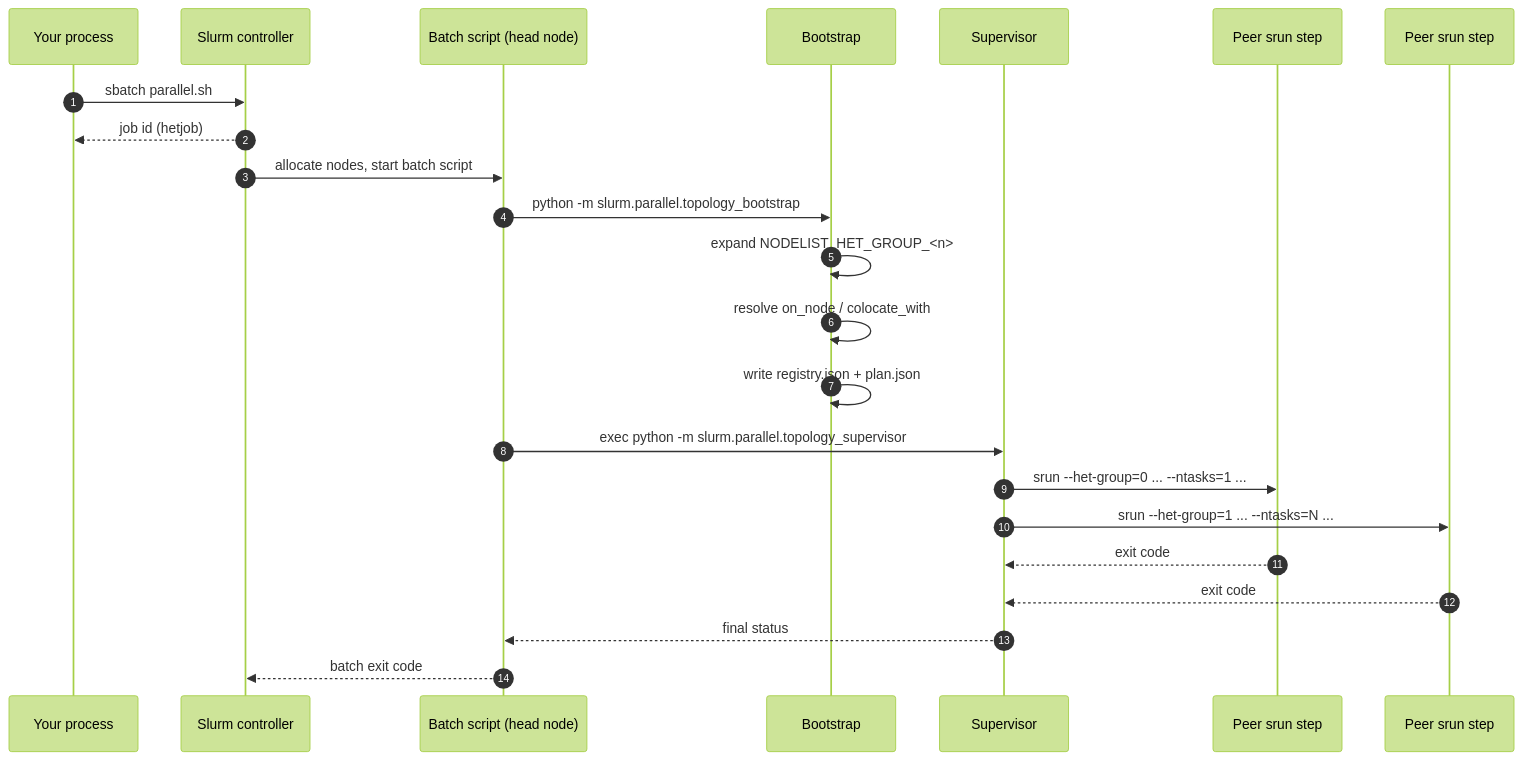
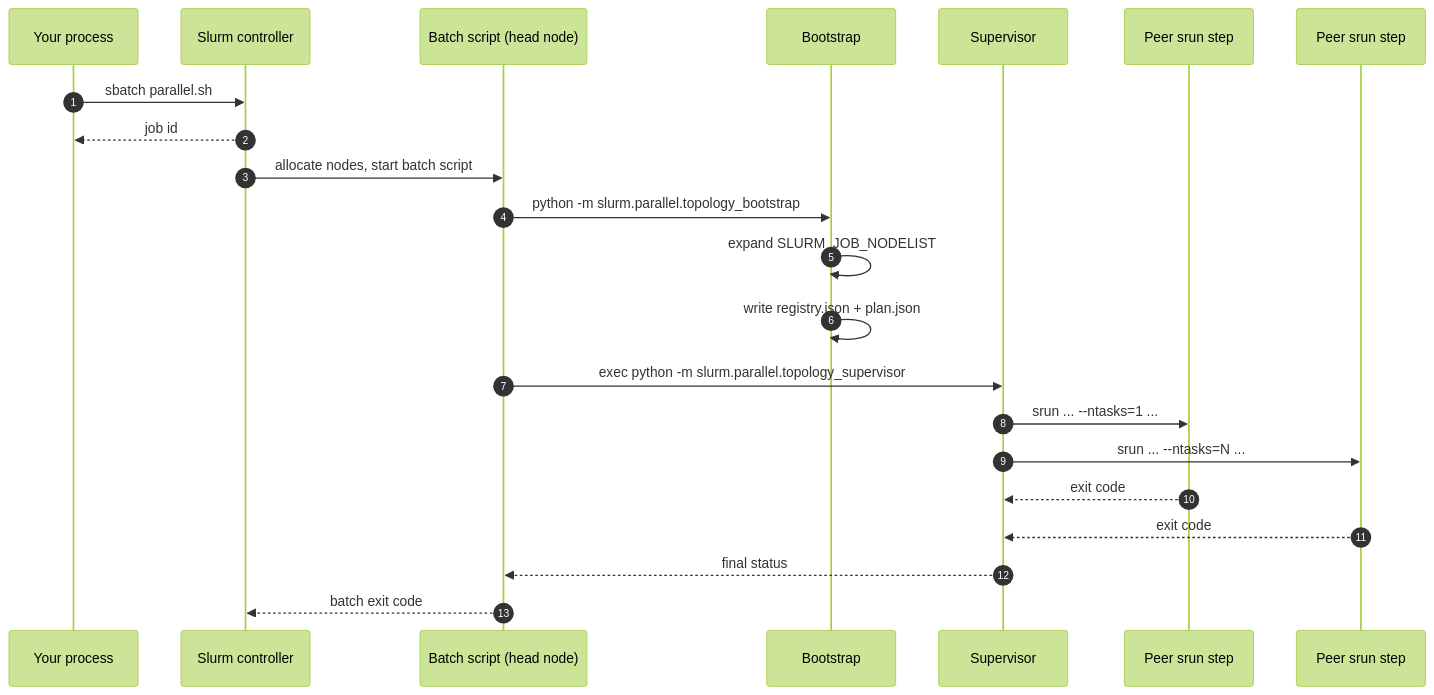
Before and after one commit to ville-k/slurm_sdk: the first of 2 diagrams in docs/explanation/slurm_allocations.md, drawn with Mermaid (forest theme). The commit also changed other lines of this file and 8 other files, not shown here.

````diff
--- a/docs/explanation/slurm_allocations.md
+++ b/docs/explanation/slurm_allocations.md
@@ -47,26 +42,25 @@
 ```mermaid
 sequenceDiagram
     autonumber
     participant User as Your process
     participant Slurm as Slurm controller
     participant Batch as Batch script (head node)
     participant Boot as Bootstrap
     participant Sup as Supervisor
     participant Peer1 as Peer srun step
     participant Peer2 as Peer srun step
 
     User->>Slurm: sbatch parallel.sh
-    Slurm-->>User: job id (hetjob)
+    Slurm-->>User: job id
     Slurm->>Batch: allocate nodes, start batch script
     Batch->>Boot: python -m slurm.parallel.topology_bootstrap
-    Boot->>Boot: expand NODELIST_HET_GROUP_<n>
-    Boot->>Boot: resolve on_node / colocate_with
+    Boot->>Boot: expand SLURM_JOB_NODELIST
     Boot->>Boot: write registry.json + plan.json
     Batch->>Sup: exec python -m slurm.parallel.topology_supervisor
-    Sup->>Peer1: srun --het-group=0 ... --ntasks=1 ...
-    Sup->>Peer2: srun --het-group=1 ... --ntasks=N ...
+    Sup->>Peer1: srun ... --ntasks=1 ...
+    Sup->>Peer2: srun ... --ntasks=N ...
     Peer1-->>Sup: exit code
     Peer2-->>Sup: exit code
     Sup-->>Batch: final status
     Batch-->>Slurm: batch exit code
 ```
````
